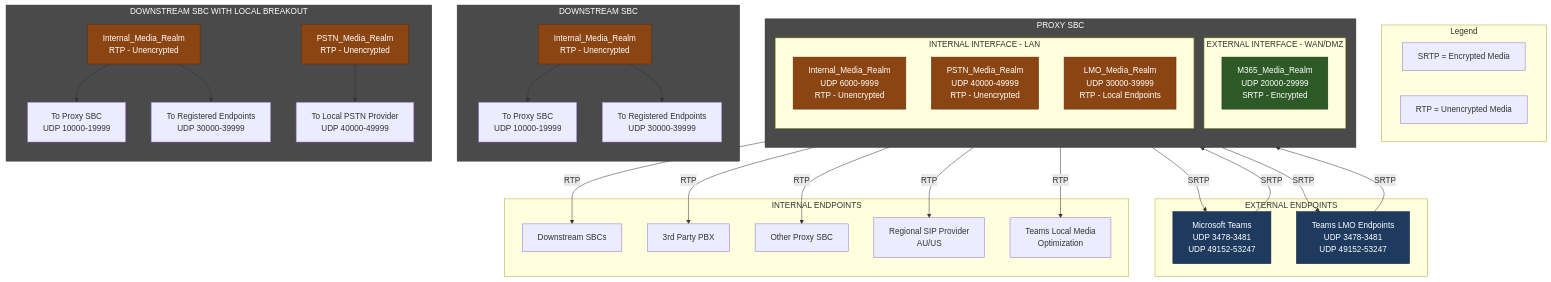
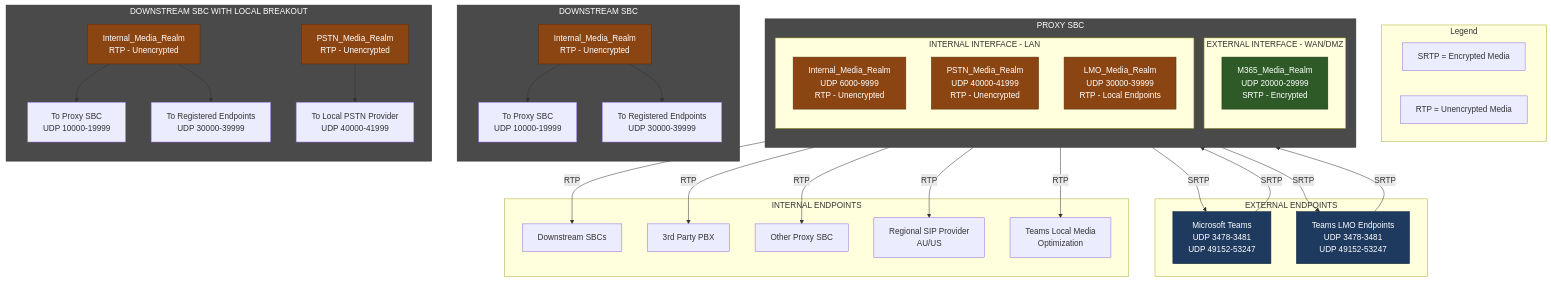
One commit to kevinsing999/public changed diagram 14 of 26 in AudioCodes-AWS-Deployment-Guide.md. Above: the diagram before and after it, drawn with Mermaid. The commit also changed other lines of this file and 53 other files, not shown here.

```diff
--- a/AudioCodes-AWS-Deployment-Guide.md
+++ b/AudioCodes-AWS-Deployment-Guide.md
@@ -3431,7 +3459,7 @@
 
         subgraph INT["INTERNAL INTERFACE - LAN"]
             INTERNAL["Internal_Media_Realm<br/>UDP 6000-9999<br/>RTP - Unencrypted"]
-            PSTN_PROXY["PSTN_Media_Realm<br/>UDP 40000-49999<br/>RTP - Unencrypted"]
+            PSTN_PROXY["PSTN_Media_Realm<br/>UDP 40000-41999<br/>RTP - Unencrypted"]
             LMO["LMO_Media_Realm<br/>UDP 30000-39999<br/>RTP - Local Endpoints"]
         end
     end
@@ -3462,7 +3490,7 @@
         LBO_PROXY_PORT["To Proxy SBC<br/>UDP 10000-19999"]
         LBO_ENDPOINTS["To Registered Endpoints<br/>UDP 30000-39999"]
         LBO_PSTN["PSTN_Media_Realm<br/>RTP - Unencrypted"]
-        LBO_PROVIDER["To Local PSTN Provider<br/>UDP 40000-49999"]
+        LBO_PROVIDER["To Local PSTN Provider<br/>UDP 40000-41999"]
     end
 
     %% SRTP Encrypted Flows
```
